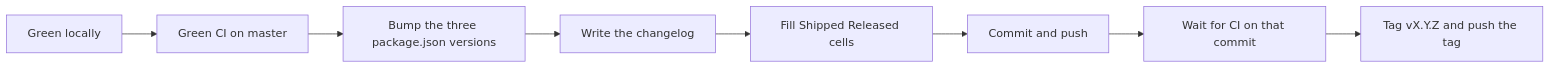
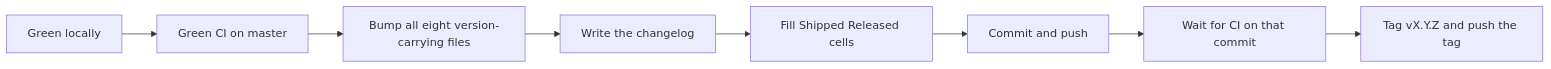
One commit to actions-marketplace-validations/michal-niedzwiedzki_visimark changed the second of 2 diagrams in docs/releasing.md. Above: the diagram before and after it, drawn with Mermaid. The commit also changed other lines of this file and 59 other files, not shown here.

````diff
--- a/docs/releasing.md
+++ b/docs/releasing.md
@@ -133,10 +148,10 @@
 ```mermaid
 flowchart LR
   local[Green locally] --> ci[Green CI on master]
-  ci --> bump[Bump the three package.json versions]
+  ci --> bump[Bump all eight version-carrying files]
   bump --> cl[Write the changelog]
   cl --> promo[Fill Shipped Released cells]
   promo --> commit[Commit and push]
   commit --> wait[Wait for CI on that commit]
   wait --> tag[Tag vX.Y.Z and push the tag]
 ```
````
